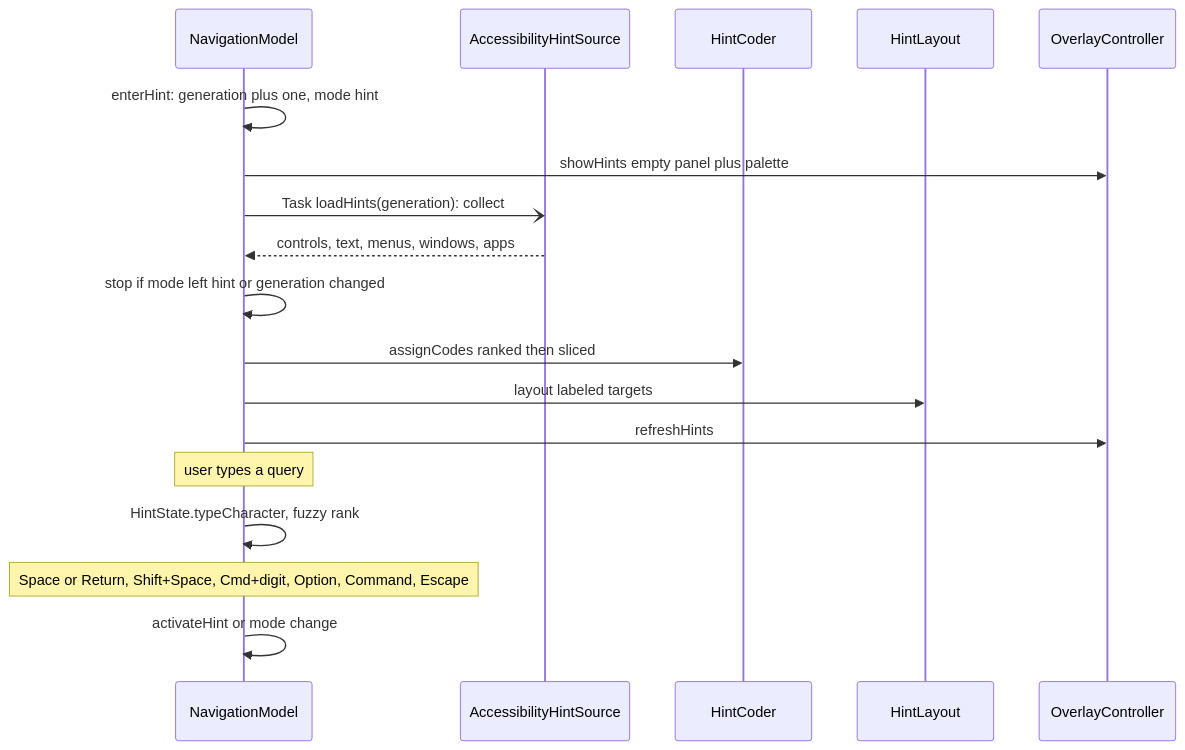
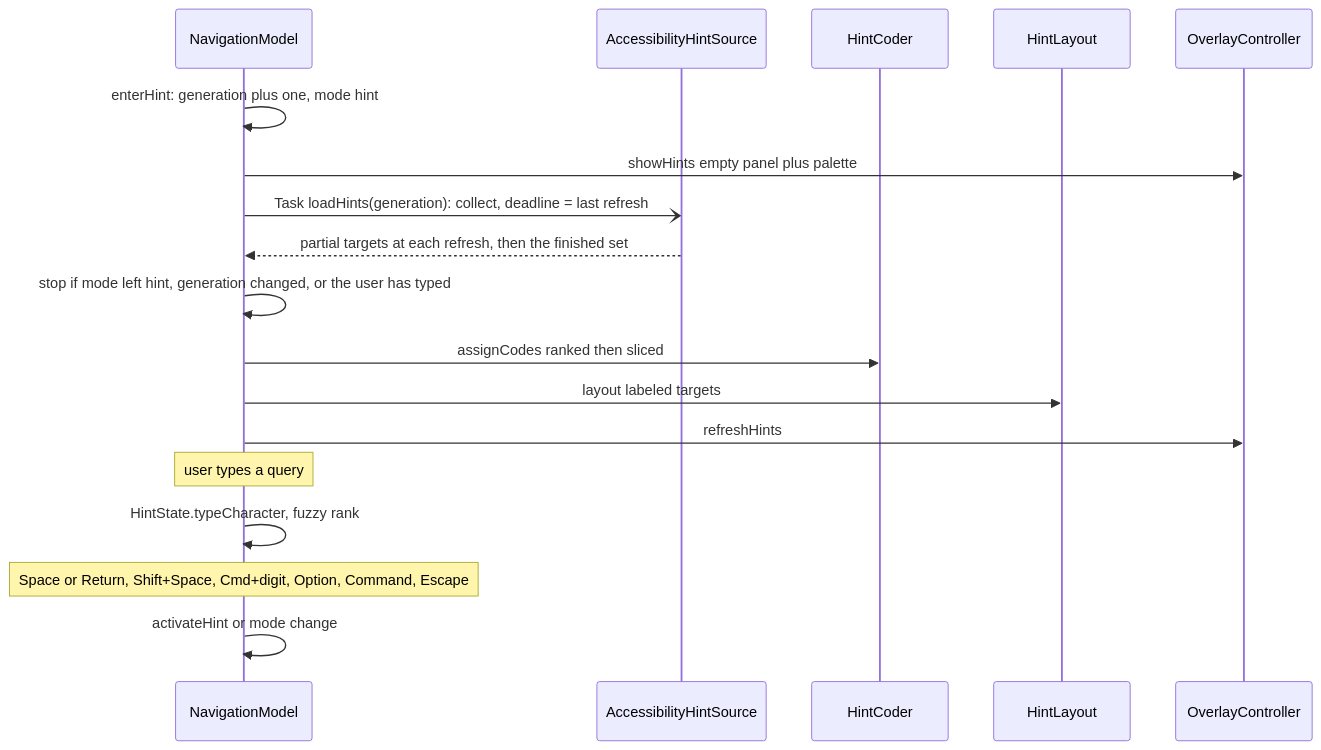
One commit to marchellll/unmouse changed the seventh of 13 diagrams in docs/architecture.md. Above: the diagram before and after it, drawn with Mermaid. The commit also changed other lines of this file and 16 other files, not shown here.

````diff
--- a/docs/architecture.md
+++ b/docs/architecture.md
@@ -224,21 +224,21 @@
 ```mermaid
 sequenceDiagram
     participant N as NavigationModel
     participant AX as AccessibilityHintSource
     participant HC as HintCoder
     participant HL as HintLayout
     participant O as OverlayController
 
     N->>N: enterHint: generation plus one, mode hint
     N->>O: showHints empty panel plus palette
-    N-)AX: Task loadHints(generation): collect
-    AX-->>N: controls, text, menus, windows, apps
-    N->>N: stop if mode left hint or generation changed
+    N-)AX: Task loadHints(generation): collect, deadline = last refresh
+    AX-->>N: partial targets at each refresh, then the finished set
+    N->>N: stop if mode left hint, generation changed, or the user has typed
     N->>HC: assignCodes ranked then sliced
     N->>HL: layout labeled targets
     N->>O: refreshHints
     Note over N: user types a query
     N->>N: HintState.typeCharacter, fuzzy rank
     Note over N: Space or Return, Shift+Space, Cmd+digit, Option, Command, Escape
     N->>N: activateHint or mode change
 ```
````
